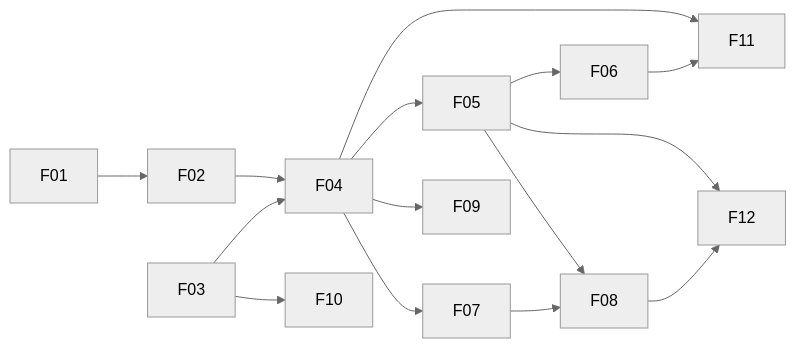
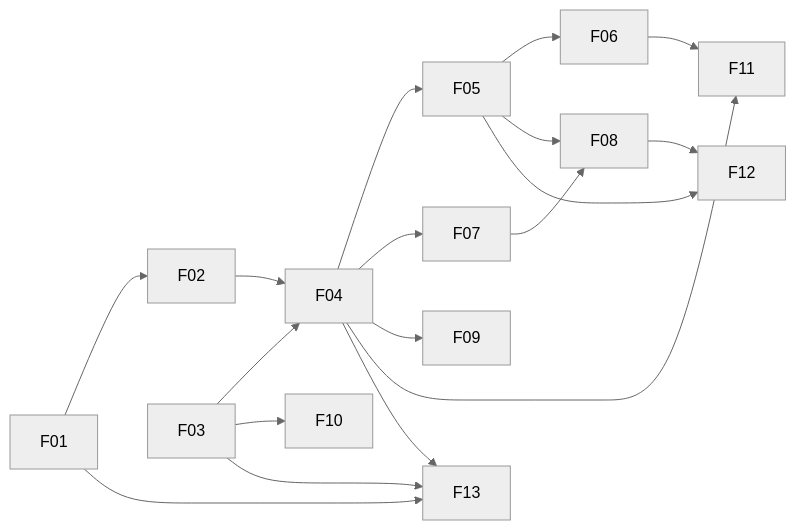
The diagram in docs/features/README.md (plusclouds/monitoring.server), drawn with Mermaid (neutral theme) before and after one commit. The commit also changed other lines of this file and 4 other files, not shown here.

````diff
--- a/docs/features/README.md
+++ b/docs/features/README.md
@@ -26,15 +33,18 @@
 ```mermaid
 flowchart LR
     F01 --> F02 --> F04
     F03 --> F04
     F03 --> F10
     F04 --> F05 --> F06
     F04 --> F07
     F05 --> F08
     F07 --> F08
     F04 --> F09
     F04 --> F11
     F06 --> F11
     F05 --> F12
     F08 --> F12
+    F01 --> F13
+    F03 --> F13
+    F04 --> F13
 ```
````
